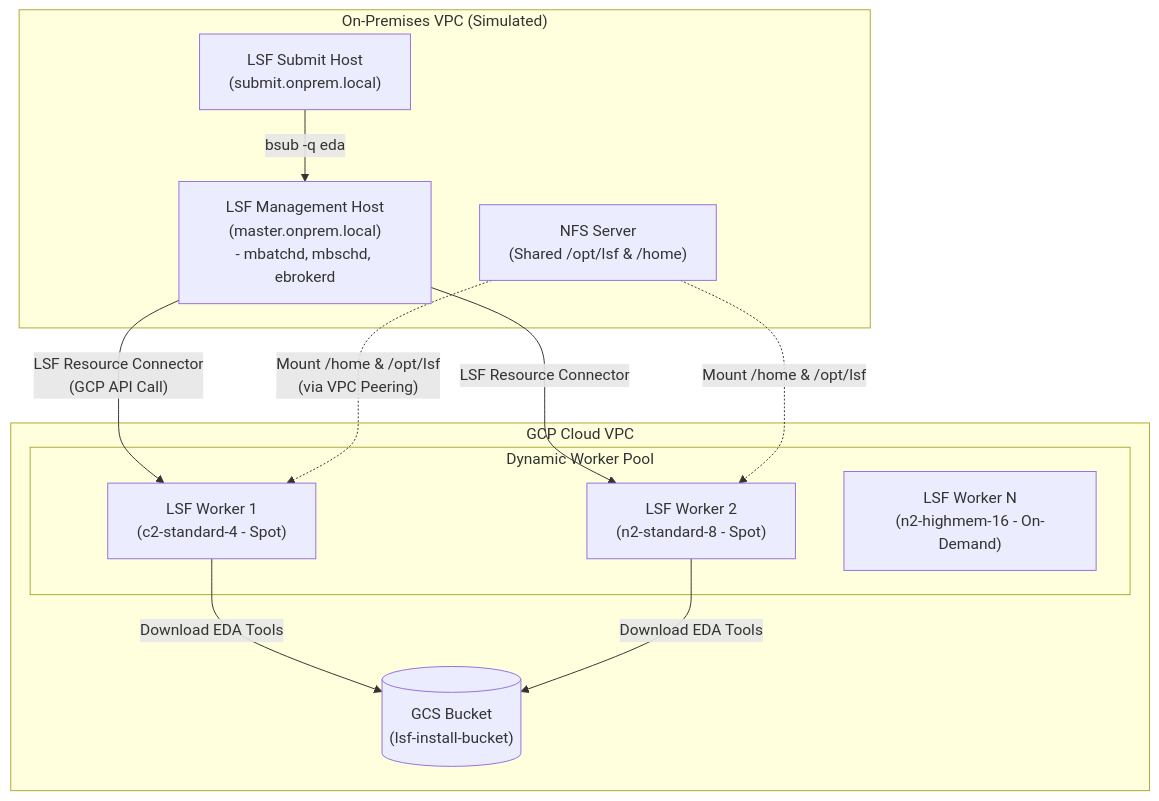
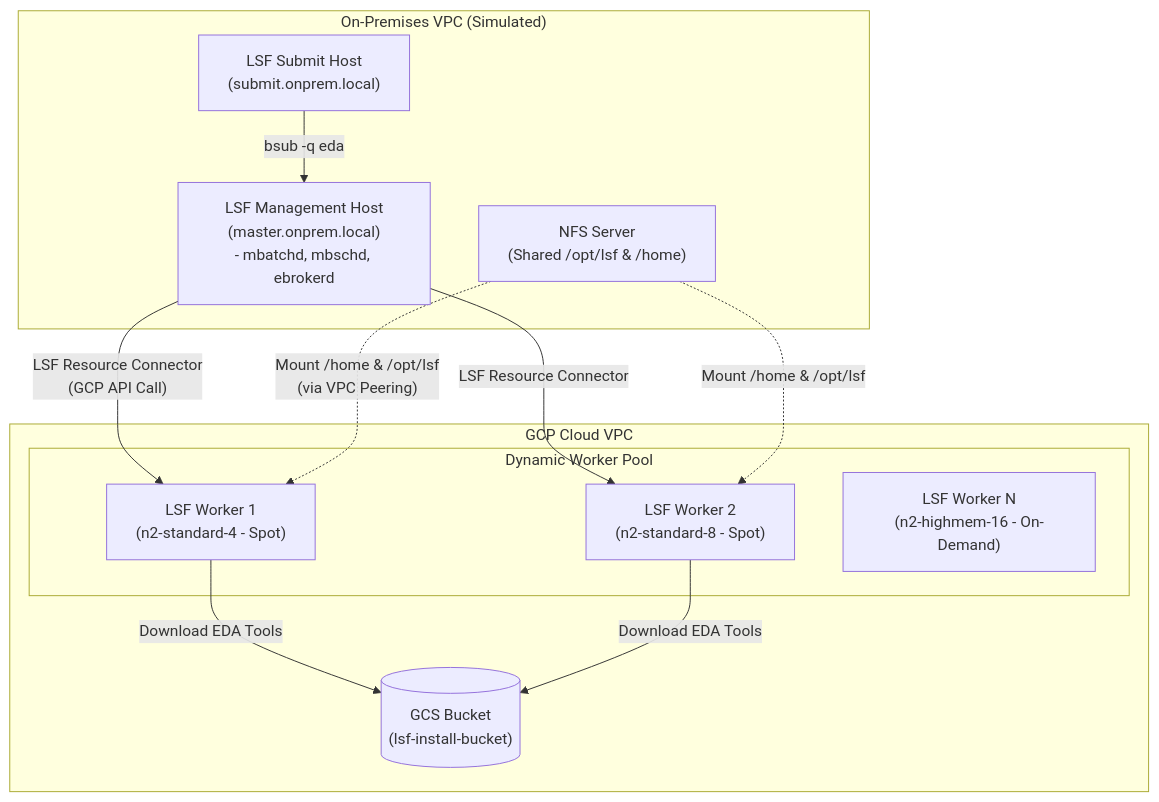
One commit to veloduff/lsf-google-cloud changed the diagram in README.md. Above: the diagram before and after it, drawn with Mermaid. The commit also changed other lines of this file and 60 other files, not shown here.

````diff
--- a/README.md
+++ b/README.md
@@ -79,30 +84,30 @@
 ```mermaid
 flowchart TD
     subgraph onprem_vpc ["On-Premises VPC (Simulated)"]
         submit_host["LSF Submit Host<br>(submit.onprem.local)"]
         master_host["LSF Management Host<br>(master.onprem.local)<br>- mbatchd, mbschd, ebrokerd"]
         nfs_server["NFS Server<br>(Shared /opt/lsf & /home)"]
     end
 
     subgraph cloud_vpc ["GCP Cloud VPC"]
         subgraph worker_pool ["Dynamic Worker Pool"]
-            worker_1["LSF Worker 1<br>(c2-standard-4 - Spot)"]
+            worker_1["LSF Worker 1<br>(n2-standard-4 - Spot)"]
             worker_2["LSF Worker 2<br>(n2-standard-8 - Spot)"]
             worker_n["LSF Worker N<br>(n2-highmem-16 - On-Demand)"]
         end
         gcs_bucket[("GCS Bucket<br>(lsf-install-bucket)")]
     end
 
     %% Communications
     submit_host -- "bsub -q eda" --> master_host
     master_host -- "LSF Resource Connector<br>(GCP API Call)" --> worker_1
     master_host -- "LSF Resource Connector" --> worker_2
     
     %% Peering / NFS Mounts
     nfs_server -. "Mount /home & /opt/lsf<br>(via VPC Peering)" .-> worker_1
     nfs_server -. "Mount /home & /opt/lsf" .-> worker_2
     
     %% Worker startup
     worker_1 -- "Download EDA Tools" --> gcs_bucket
     worker_2 -- "Download EDA Tools" --> gcs_bucket
 ```
````
